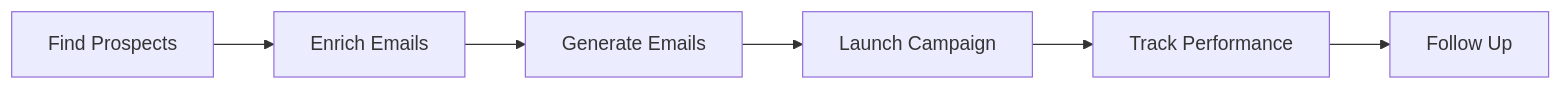
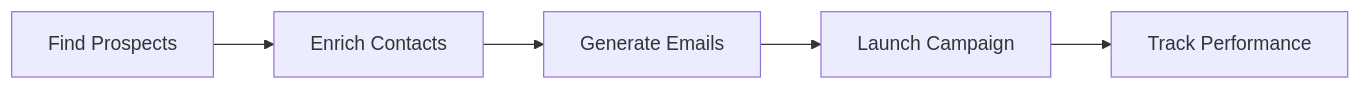
The diagram in sales-automation/overview.mdx (cadmarlow/mintlify-docs), drawn with Mermaid before and after one commit. The commit also changed other lines of this file and 1 other file, not shown here.

````diff
--- a/sales-automation/overview.mdx
+++ b/sales-automation/overview.mdx
@@ -16,8 +27,7 @@
 ```mermaid
 graph LR
-    A[Find Prospects] --> B[Enrich Emails]
+    A[Find Prospects] --> B[Enrich Contacts]
     B --> C[Generate Emails]
     C --> D[Launch Campaign]
     D --> E[Track Performance]
-    E --> F[Follow Up]
 ```
````
